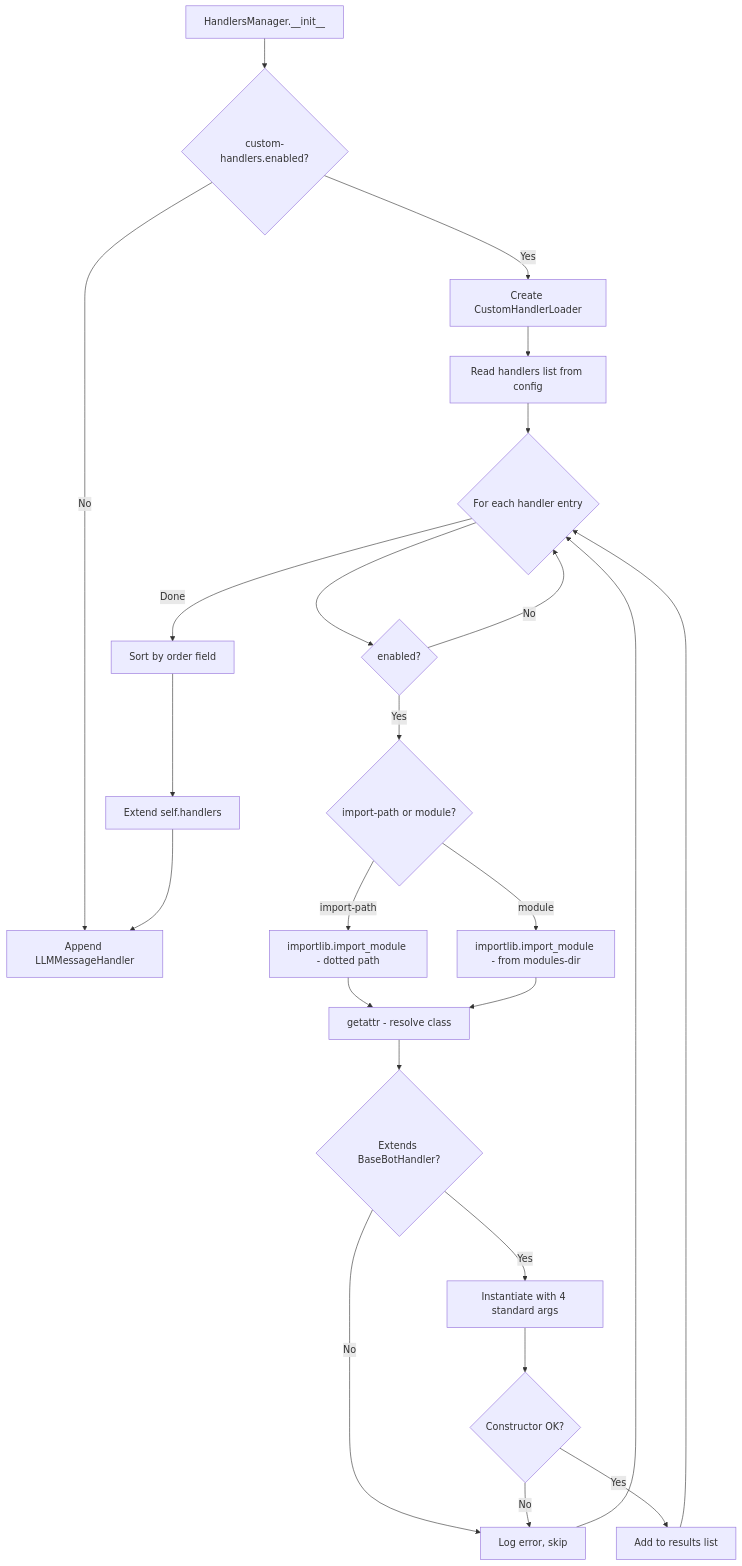
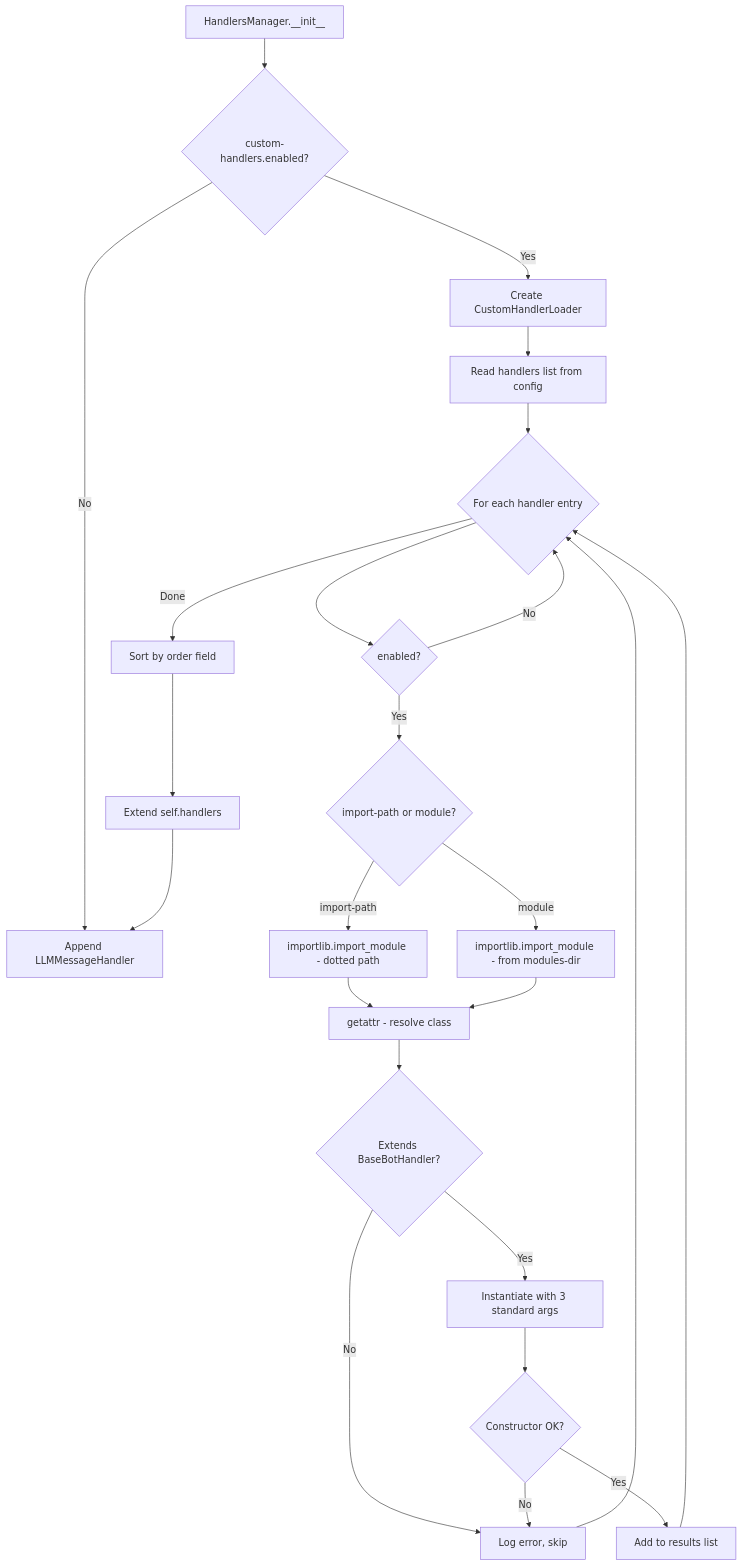
One commit to NotA-Company/gromozeka changed the diagram in docs/custom-modules-design.md. Above: the diagram before and after it, drawn with Mermaid. The commit also changed other lines of this file and 36 other files, not shown here.

````diff
--- a/docs/custom-modules-design.md
+++ b/docs/custom-modules-design.md
@@ -475,26 +470,26 @@
 ```mermaid
 flowchart TD
     A[HandlersManager.__init__] --> B{custom-handlers.enabled?}
     B -- No --> Z[Append LLMMessageHandler]
     B -- Yes --> C[Create CustomHandlerLoader]
     C --> D[Read handlers list from config]
     D --> E{For each handler entry}
     E --> F{enabled?}
     F -- No --> E
     F -- Yes --> G{import-path or module?}
     G -- import-path --> H[importlib.import_module - dotted path]
     G -- module --> I[importlib.import_module - from modules-dir]
     H --> J[getattr - resolve class]
     I --> J
     J --> K{Extends BaseBotHandler?}
     K -- No --> L[Log error, skip]
     L --> E
-    K -- Yes --> M[Instantiate with 4 standard args]
+    K -- Yes --> M[Instantiate with 3 standard args]
     M --> N{Constructor OK?}
     N -- No --> L
     N -- Yes --> O[Add to results list]
     O --> E
     E -- Done --> P[Sort by order field]
     P --> Q[Extend self.handlers]
     Q --> Z
 ```
````
